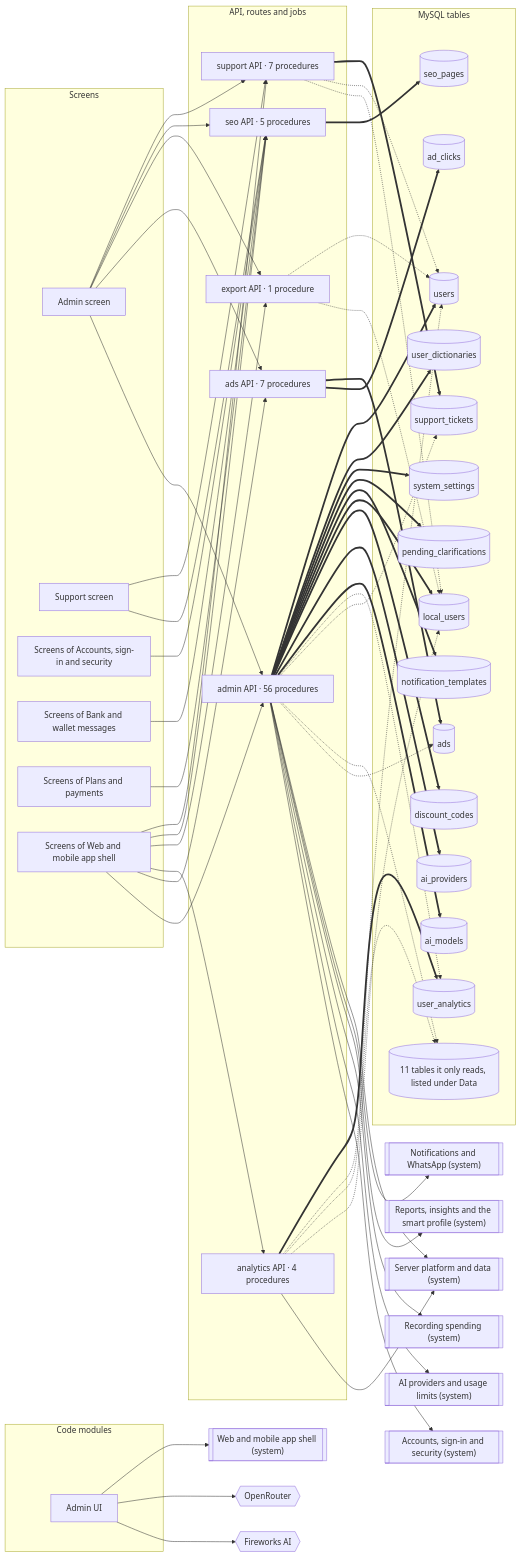
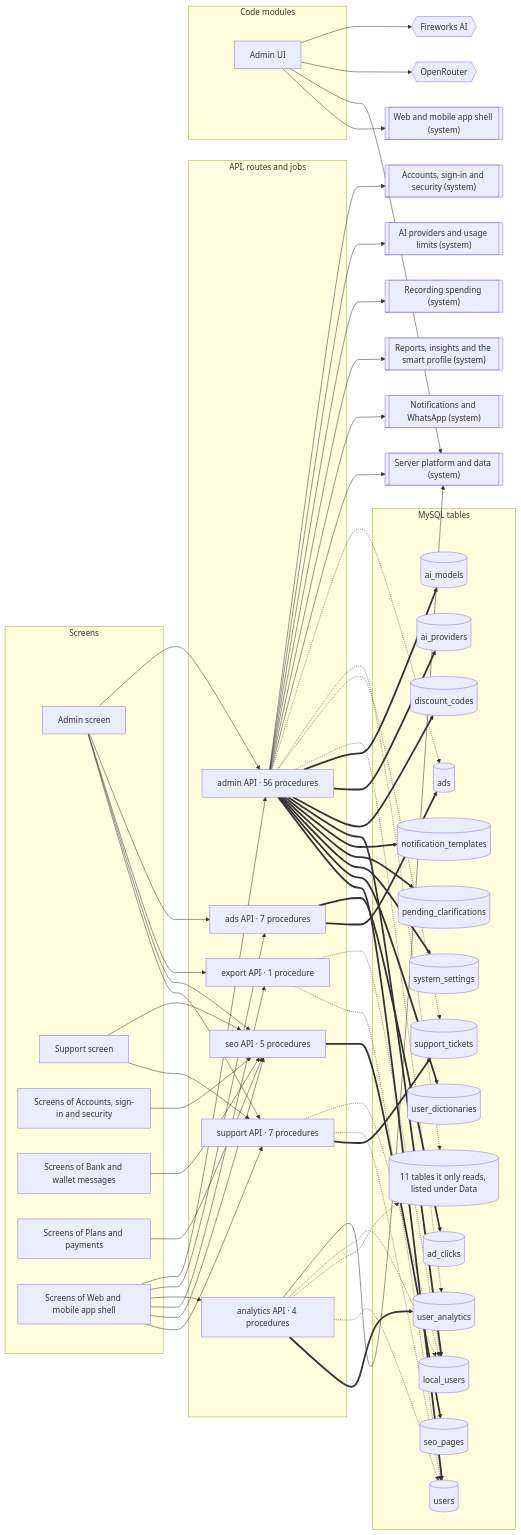
The diagram in docs/atlas/systems/admin.md (mahmoudtaherr111/smartspend_mini_all), drawn with Mermaid before and after one commit. The commit also changed 55 other files, not shown here.

```diff
--- a/docs/atlas/systems/admin.md
+++ b/docs/atlas/systems/admin.md
@@ -59,6 +59,7 @@
   sys_web_app[["Web and mobile app shell (system)"]]
   mod_web_admin --> ext_fireworks
   mod_web_admin --> ext_openrouter
+  mod_web_admin --> sys_platform
   mod_web_admin --> sys_web_app
   page_Admin --> router_admin
   page_Admin --> router_ads
```
